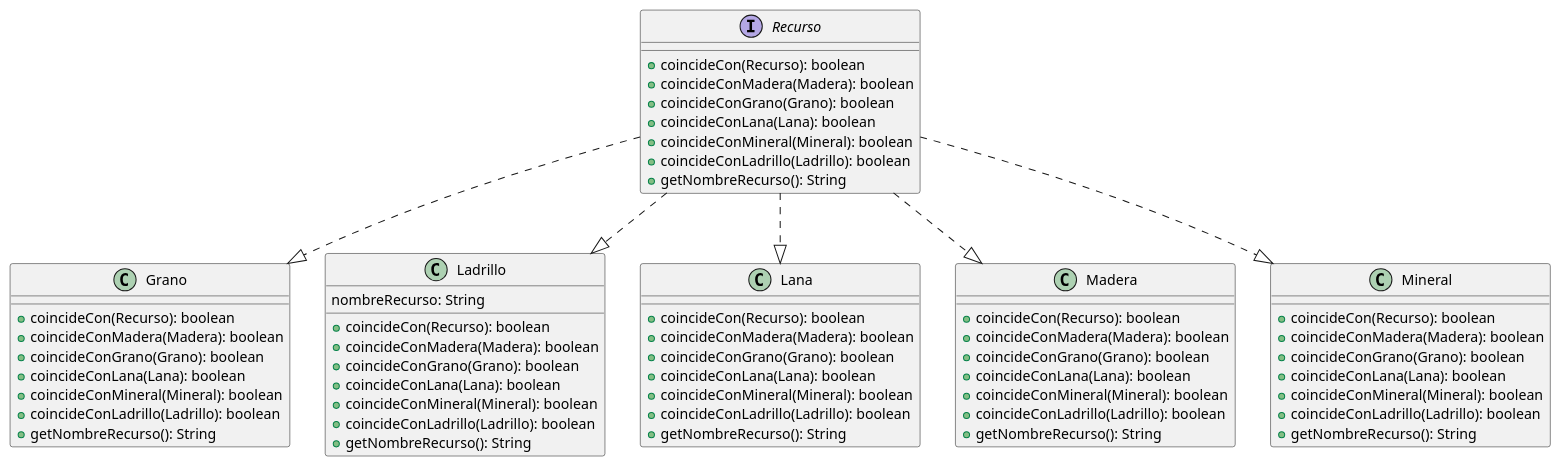
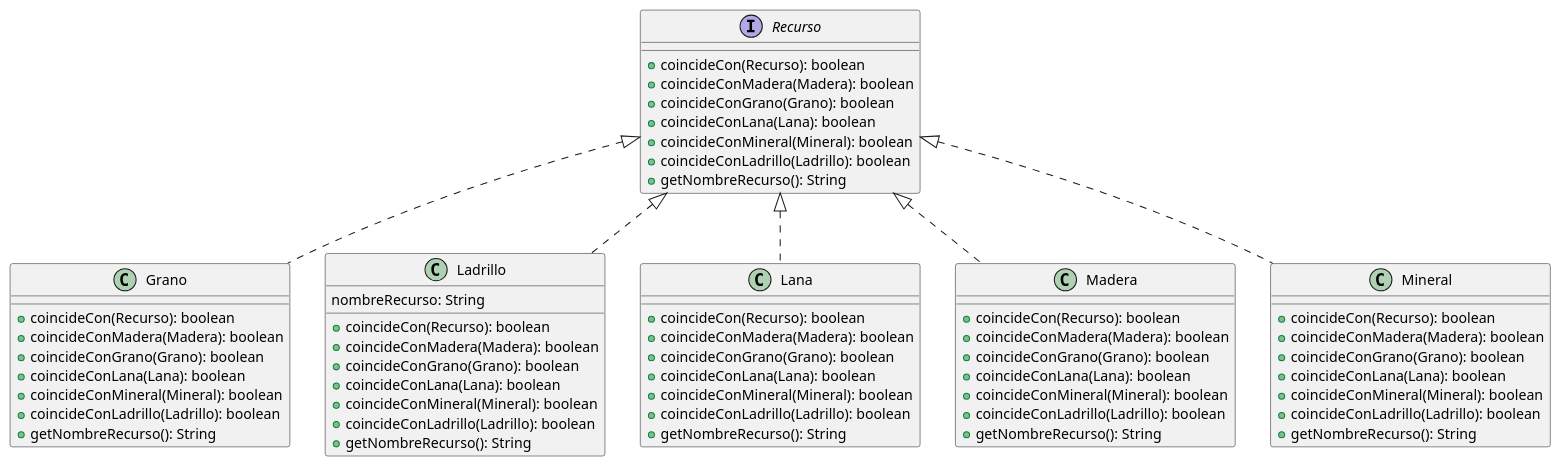
One commit to ValeSolArroyo/TP2-Catan changed the diagram in diagrams/classes/recursos.puml. Above: the diagram before and after it, drawn with PlantUML. The commit also changed 21 other files, not shown here.

Commit message:
nuevos diagramas y arregle un test

```diff
--- a/diagrams/classes/recursos.puml
+++ b/diagrams/classes/recursos.puml
@@ -1,65 +1,65 @@
 @startuml Recursos
 
 class Grano {
   + coincideCon(Recurso): boolean
   + coincideConMadera(Madera): boolean
   + coincideConGrano(Grano): boolean
   + coincideConLana(Lana): boolean
   + coincideConMineral(Mineral): boolean
   + coincideConLadrillo(Ladrillo): boolean
   + getNombreRecurso(): String
 }
 class Ladrillo {
   nombreRecurso: String
   + coincideCon(Recurso): boolean
   + coincideConMadera(Madera): boolean
   + coincideConGrano(Grano): boolean
   + coincideConLana(Lana): boolean
   + coincideConMineral(Mineral): boolean
   + coincideConLadrillo(Ladrillo): boolean
   + getNombreRecurso(): String
 }
 class Lana {
   + coincideCon(Recurso): boolean
   + coincideConMadera(Madera): boolean
   + coincideConGrano(Grano): boolean
   + coincideConLana(Lana): boolean
   + coincideConMineral(Mineral): boolean
   + coincideConLadrillo(Ladrillo): boolean
   + getNombreRecurso(): String
 }
 class Madera {
  + coincideCon(Recurso): boolean
   + coincideConMadera(Madera): boolean
   + coincideConGrano(Grano): boolean
   + coincideConLana(Lana): boolean
   + coincideConMineral(Mineral): boolean
   + coincideConLadrillo(Ladrillo): boolean
   + getNombreRecurso(): String
 }
 class Mineral {
   + coincideCon(Recurso): boolean
   + coincideConMadera(Madera): boolean
   + coincideConGrano(Grano): boolean
   + coincideConLana(Lana): boolean
   + coincideConMineral(Mineral): boolean
   + coincideConLadrillo(Ladrillo): boolean
   + getNombreRecurso(): String
 }
 interface Recurso{
   + coincideCon(Recurso): boolean
   + coincideConMadera(Madera): boolean
   + coincideConGrano(Grano): boolean
   + coincideConLana(Lana): boolean
   + coincideConMineral(Mineral): boolean
   + coincideConLadrillo(Ladrillo): boolean
   + getNombreRecurso(): String
 }
 
-Recurso ..|> Grano
-Recurso ..|> Ladrillo   
-Recurso ..|> Lana
-Recurso ..|> Madera
-Recurso ..|> Mineral
+Recurso <|.. Grano
+Recurso <|.. Ladrillo   
+Recurso <|.. Lana
+Recurso <|.. Madera
+Recurso <|.. Mineral
 
 @enduml
```
